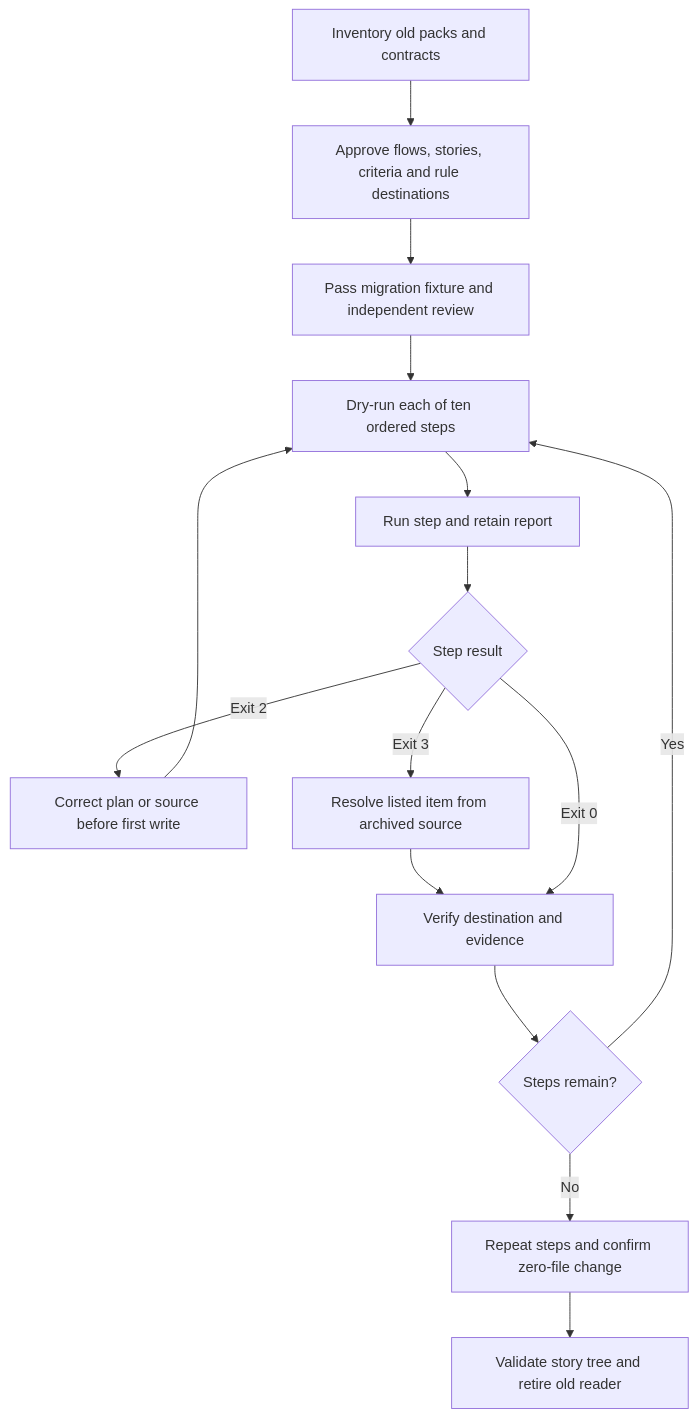
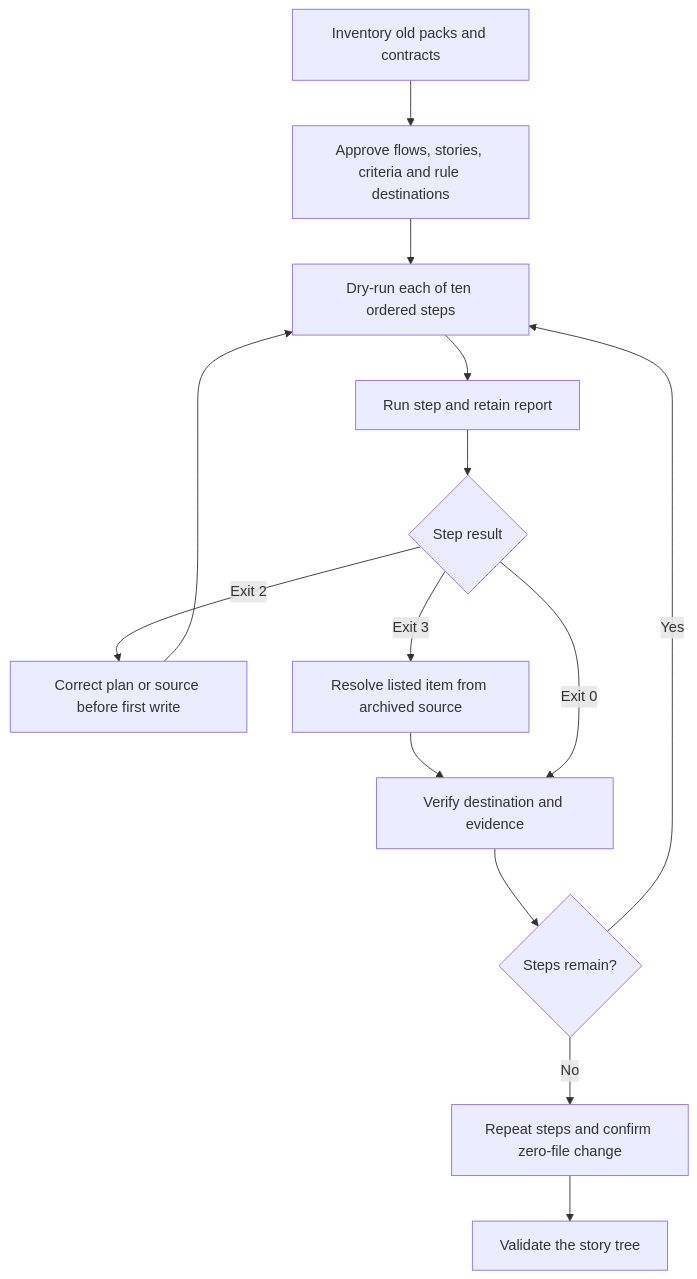
One commit to aganesy/QFAI changed the diagram in .qfai/spec/02_business-flow/business-flow-0004/business-flow.md. Above: the diagram before and after it, drawn with Mermaid. The commit also changed other lines of this file and 14 other files, not shown here.

````diff
--- a/.qfai/spec/02_business-flow/business-flow-0004/business-flow.md
+++ b/.qfai/spec/02_business-flow/business-flow-0004/business-flow.md
@@ -11,17 +11,16 @@
 ```mermaid
 flowchart TD
   Inventory[Inventory old packs and contracts] --> Plan[Approve flows, stories, criteria and rule destinations]
-  Plan --> Fixture[Pass migration fixture and independent review]
-  Fixture --> Dry[Dry-run each of ten ordered steps]
+  Plan --> Dry[Dry-run each of ten ordered steps]
   Dry --> Apply[Run step and retain report]
   Apply --> Check{Step result}
   Check -->|Exit 2| Correct[Correct plan or source before first write]
   Correct --> Dry
   Check -->|Exit 3| Person[Resolve listed item from archived source]
   Person --> Verify[Verify destination and evidence]
   Check -->|Exit 0| Verify
   Verify --> More{Steps remain?}
   More -->|Yes| Dry
   More -->|No| Recheck[Repeat steps and confirm zero-file change]
-  Recheck --> Cutover[Validate story tree and retire old reader]
+  Recheck --> Validate[Validate the story tree]
 ```
````
